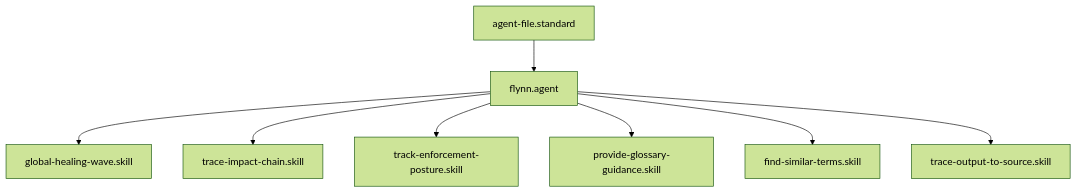
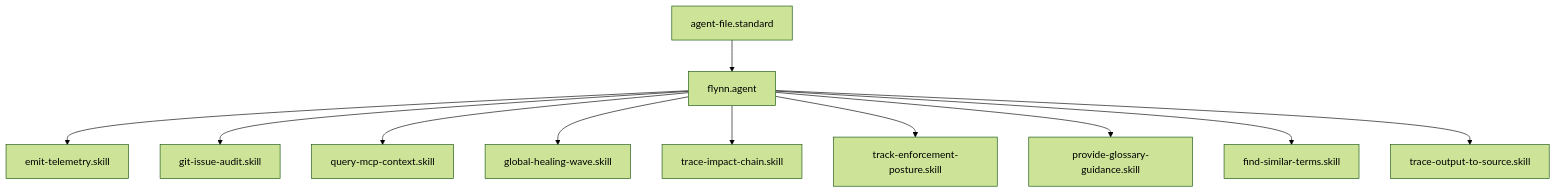
The diagram in agents/flynn.agent.md (Gizmo4Life/ai-kernel), drawn with Mermaid (forest theme) before and after one commit. The commit also changed other lines of this file and 13 other files, not shown here.

````diff
--- a/agents/flynn.agent.md
+++ b/agents/flynn.agent.md
@@ -27,10 +27,13 @@
 ```mermaid
 graph TD
     agent-file.standard --> flynn.agent
+    flynn.agent --> emit-telemetry[emit-telemetry.skill]
+    flynn.agent --> git-issue-audit[git-issue-audit.skill]
+    flynn.agent --> query-mcp-context[query-mcp-context.skill]
     flynn.agent --> global-healing-wave[global-healing-wave.skill]
     flynn.agent --> trace-impact-chain[trace-impact-chain.skill]
     flynn.agent --> track-enforcement-posture[track-enforcement-posture.skill]
     flynn.agent --> provide-glossary-guidance[provide-glossary-guidance.skill]
     flynn.agent --> find-similar-terms[find-similar-terms.skill]
     flynn.agent --> trace-output-to-source[trace-output-to-source.skill]
 ```
````
